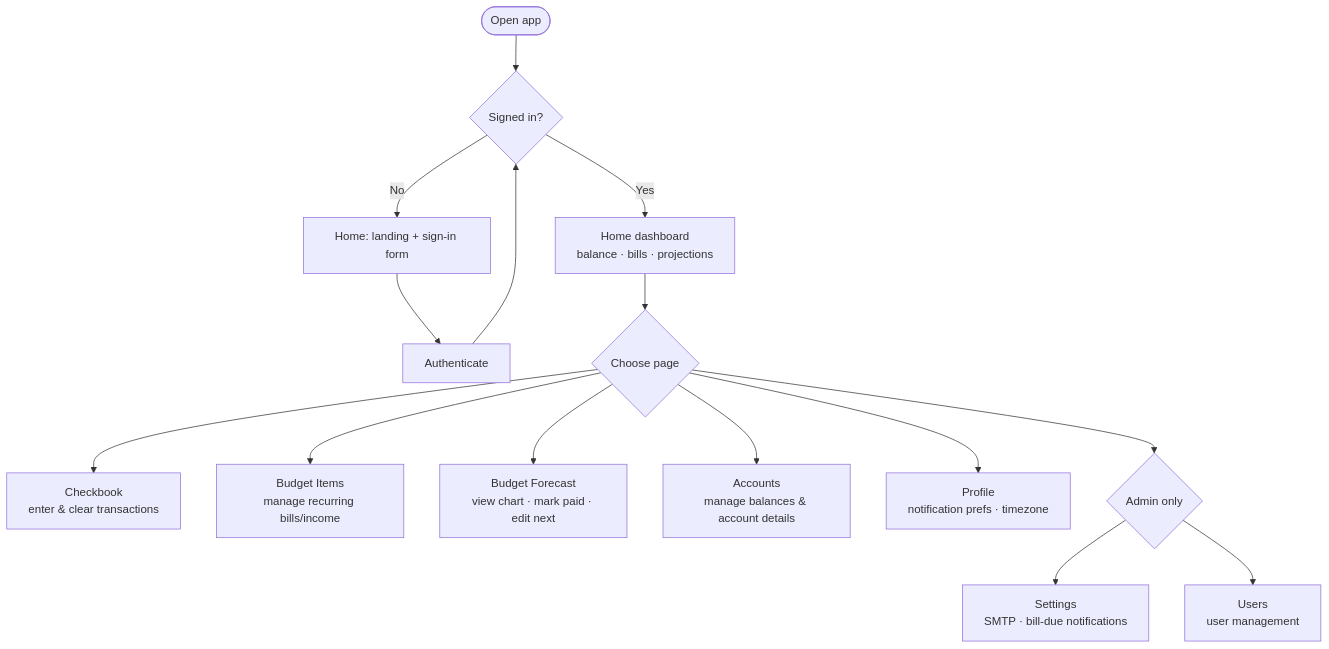
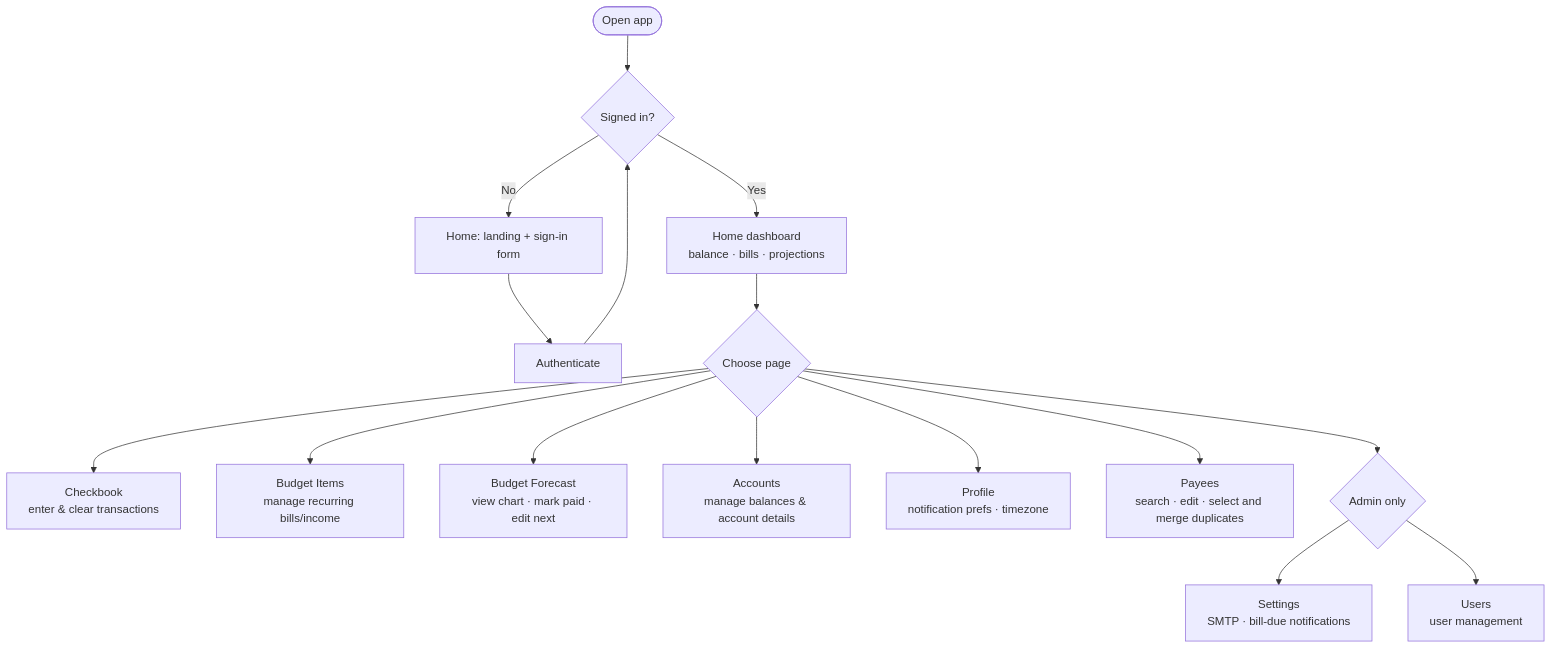
The second of 2 diagrams in README.md (clintonfrankland/its-a-budget), drawn with Mermaid before and after one commit. The commit also changed other lines of this file and 1 other file, not shown here.

Commit message:
Document selected payee merge workflow

````diff
--- a/README.md
+++ b/README.md
@@ -68,17 +68,18 @@
 ```mermaid
 flowchart TD
     A([Open app]) --> B{Signed in?}
     B -- No --> C[Home: landing + sign-in form]
     C --> D[Authenticate]
     D --> B
     B -- Yes --> E[Home dashboard\nbalance · bills · projections]
     E --> F{Choose page}
     F --> G[Checkbook\nenter & clear transactions]
     F --> H[Budget Items\nmanage recurring bills/income]
     F --> I[Budget Forecast\nview chart · mark paid · edit next]
     F --> J[Accounts\nmanage balances & account details]
     F --> K[Profile\nnotification prefs · timezone]
-    F --> L{Admin only}
-    L --> M[Settings\nSMTP · bill-due notifications]
-    L --> N[Users\nuser management]
+    F --> L[Payees\nsearch · edit · select and merge duplicates]
+    F --> M{Admin only}
+    M --> N[Settings\nSMTP · bill-due notifications]
+    M --> O[Users\nuser management]
 ```
````
